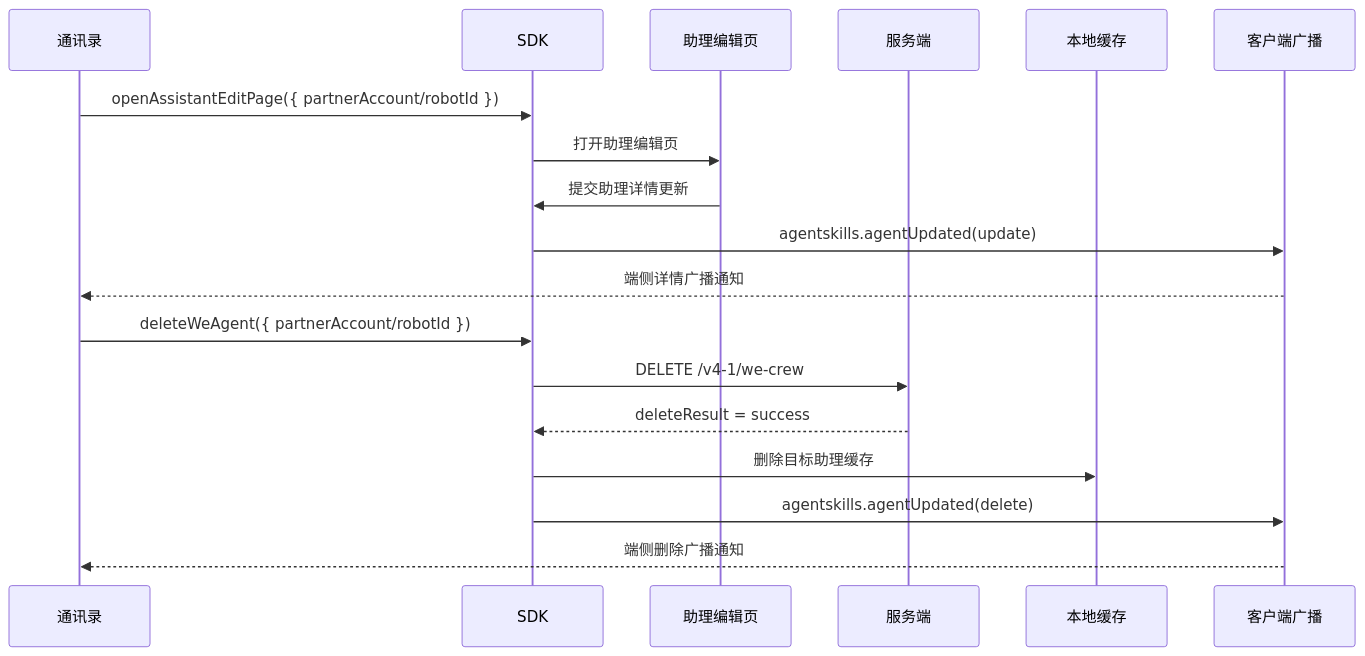
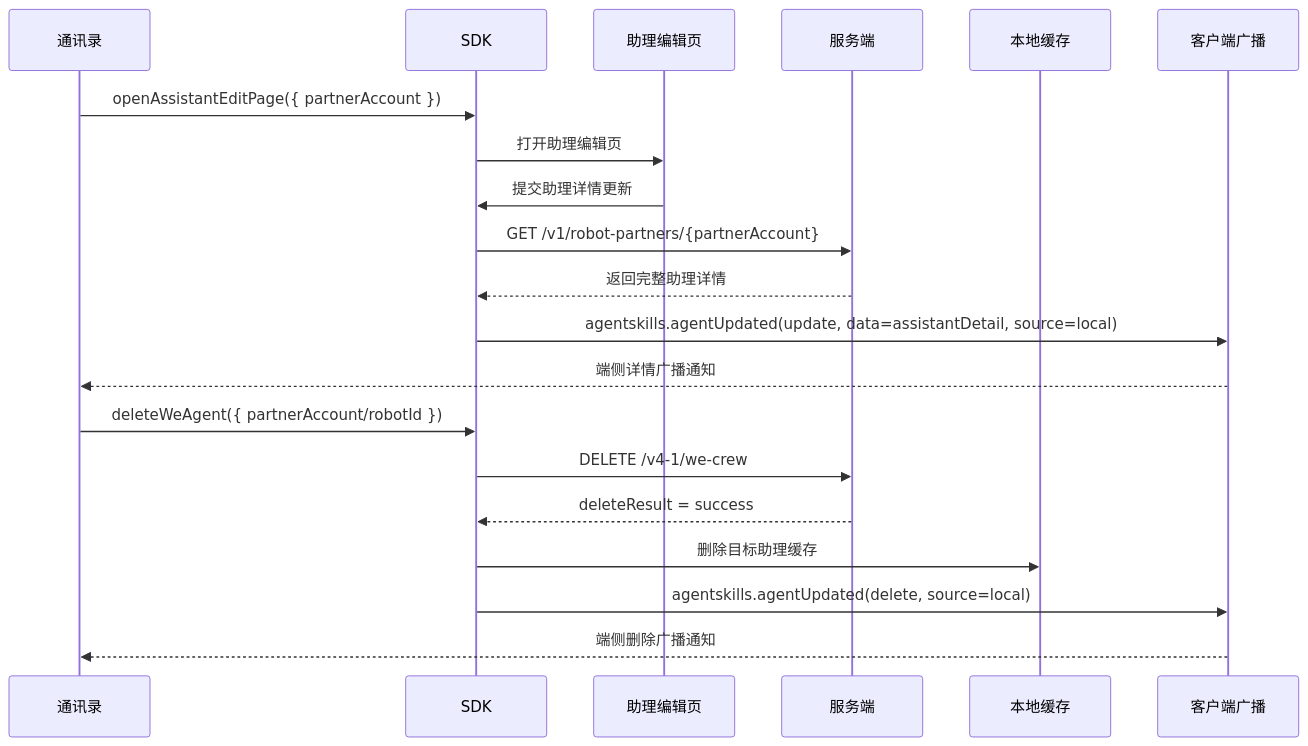
Before and after one commit to Abelsjcheng/skillSDK: the ninth of 10 diagrams in 2026-05-08-we-agent-detail-sync-plan.md, drawn with Mermaid. The commit also changed other lines of this file, not shown here.

````diff
--- a/2026-05-08-we-agent-detail-sync-plan.md
+++ b/2026-05-08-we-agent-detail-sync-plan.md
@@ -438,21 +483,23 @@
 ```mermaid
 sequenceDiagram
     participant Contact as 通讯录
     participant SDK as SDK
     participant Edit as 助理编辑页
     participant Server as 服务端
     participant Cache as 本地缓存
     participant Broadcast as 客户端广播
 
-    Contact->>SDK: openAssistantEditPage({ partnerAccount/robotId })
+    Contact->>SDK: openAssistantEditPage({ partnerAccount })
     SDK->>Edit: 打开助理编辑页
     Edit->>SDK: 提交助理详情更新
-    SDK->>Broadcast: agentskills.agentUpdated(update)
+    SDK->>Server: GET /v1/robot-partners/{partnerAccount}
+    Server-->>SDK: 返回完整助理详情
+    SDK->>Broadcast: agentskills.agentUpdated(update, data=assistantDetail, source=local)
     Broadcast-->>Contact: 端侧详情广播通知
     Contact->>SDK: deleteWeAgent({ partnerAccount/robotId })
     SDK->>Server: DELETE /v4-1/we-crew
     Server-->>SDK: deleteResult = success
     SDK->>Cache: 删除目标助理缓存
-    SDK->>Broadcast: agentskills.agentUpdated(delete)
+    SDK->>Broadcast: agentskills.agentUpdated(delete, source=local)
     Broadcast-->>Contact: 端侧删除广播通知
 ```
````
